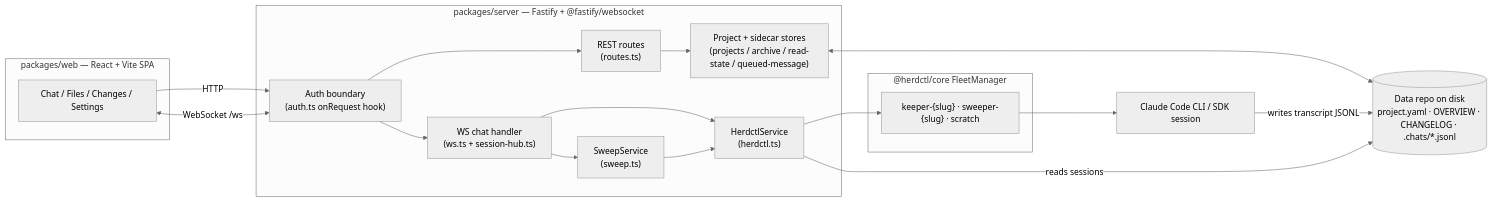
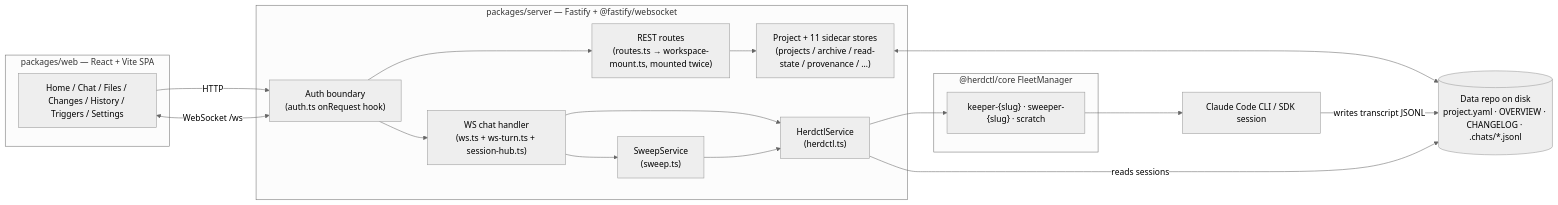
The first of 3 diagrams in website/src/content/docs/architecture/overview.md (edspencer/paddock), drawn with Mermaid (neutral theme) before and after one commit. The commit also changed other lines of this file, not shown here.

First line of the commit message:
docs(website): architecture overview — symbol-based citations for §1-2, correct SPA tabs

````diff
--- a/website/src/content/docs/architecture/overview.md
+++ b/website/src/content/docs/architecture/overview.md
@@ -28,31 +30,31 @@
 ```mermaid
 flowchart LR
   subgraph Browser["packages/web — React + Vite SPA"]
-    UI["Chat / Files / Changes / Settings"]
+    UI["Home / Chat / Files / Changes / History / Triggers / Settings"]
   end
 
   subgraph Server["packages/server — Fastify + @fastify/websocket"]
     Auth["Auth boundary\n(auth.ts onRequest hook)"]
-    REST["REST routes\n(routes.ts)"]
-    WS["WS chat handler\n(ws.ts + session-hub.ts)"]
-    Stores["Project + sidecar stores\n(projects / archive / read-state / queued-message)"]
+    REST["REST routes\n(routes.ts → workspace-mount.ts, mounted twice)"]
+    WS["WS chat handler\n(ws.ts + ws-turn.ts + session-hub.ts)"]
+    Stores["Project + 11 sidecar stores\n(projects / archive / read-state / provenance / …)"]
     Sweep["SweepService\n(sweep.ts)"]
     Herd["HerdctlService\n(herdctl.ts)"]
   end
 
   subgraph Herdctl["@herdctl/core FleetManager"]
     Agents["keeper-{slug} · sweeper-{slug} · scratch"]
   end
 
   Claude["Claude Code CLI / SDK session"]
   Disk[("Data repo on disk\nproject.yaml · OVERVIEW · CHANGELOG · .chats/*.jsonl")]
 
   UI -->|"HTTP"| Auth --> REST --> Stores
   UI <-->|"WebSocket /ws"| Auth
   Auth --> WS
   WS --> Herd --> Agents --> Claude
   Claude -->|"writes transcript JSONL"| Disk
   WS --> Sweep --> Herd
   Stores <--> Disk
   Herd -->|"reads sessions"| Disk
 ```
````
